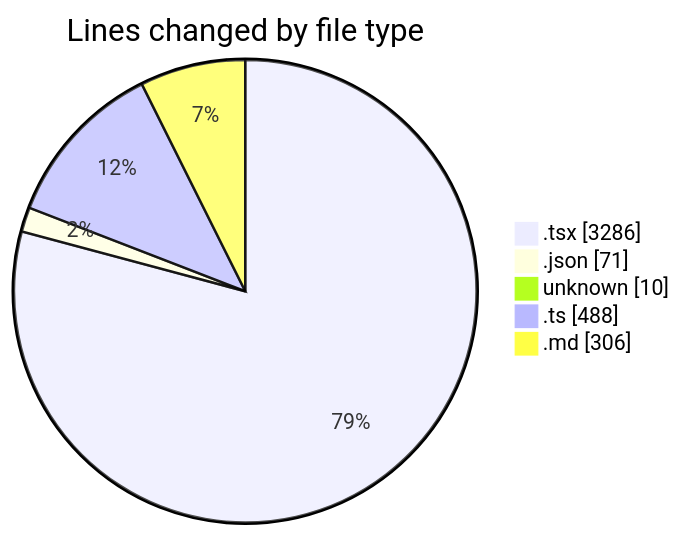
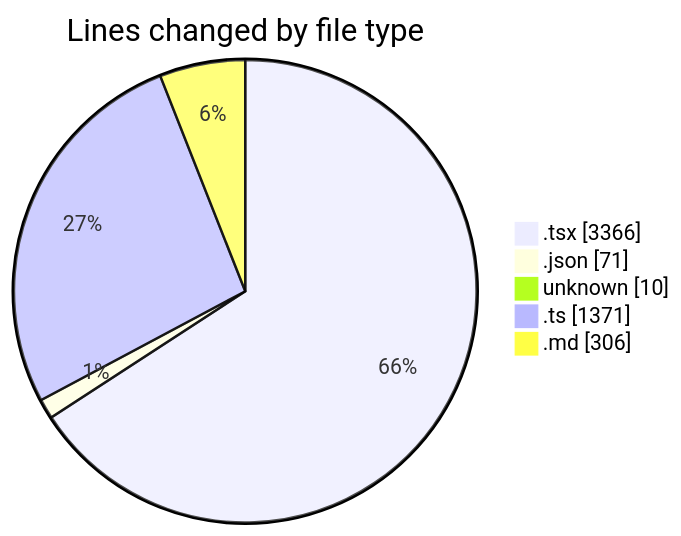
One commit to ernivani/code-tracking changed the first of 2 diagrams in 2025-01-03/tinycms/README.md. Above: the diagram before and after it, drawn with Mermaid. The commit also changed other lines of this file and 2 other files, not shown here.

````diff
--- a/2025-01-03/tinycms/README.md
+++ b/2025-01-03/tinycms/README.md
@@ -39,9 +40,9 @@
 ```mermaid
 pie showData
 title Lines changed by file type
-".tsx" : 3286
+".tsx" : 3366
 ".json" : 71
 "unknown" : 10
-".ts" : 488
+".ts" : 1371
 ".md" : 306
 ```
````
